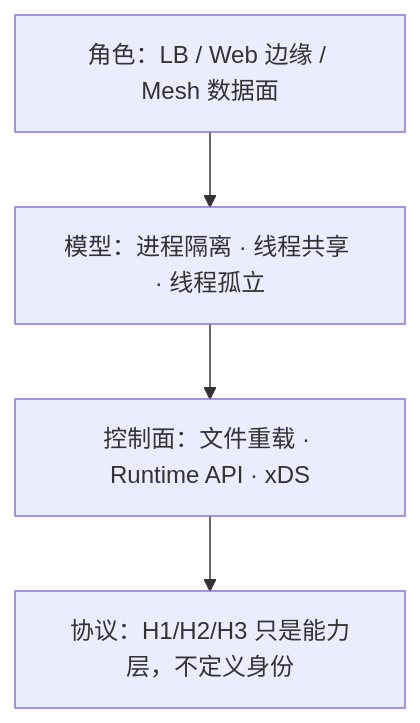
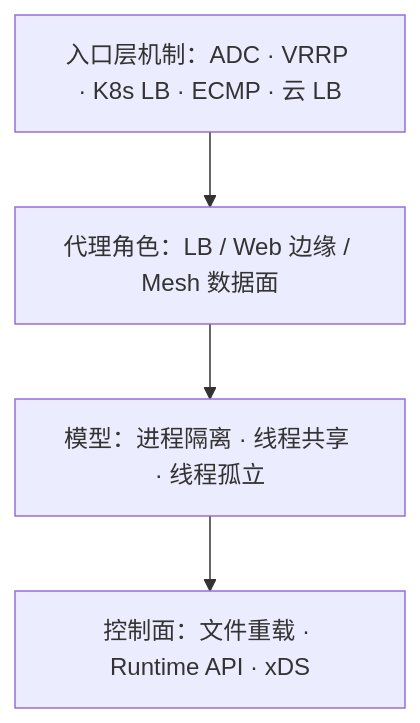
One commit to xiaxinyu/knowledge_base changed the sixth of 6 diagrams in 20-architecture/21a-haproxy-nginx-envoy-treatise.md. Above: the diagram before and after it, drawn with Mermaid. The commit also changed other lines of this file and 1 other file, not shown here.

````diff
--- a/20-architecture/21a-haproxy-nginx-envoy-treatise.md
+++ b/20-architecture/21a-haproxy-nginx-envoy-treatise.md
@@ -439,6 +574,6 @@
 ```mermaid
 flowchart TB
-  R["角色：LB / Web 边缘 / Mesh 数据面"] --> M["模型：进程隔离 · 线程共享 · 线程孤立"]
+  V["入口层机制：ADC · VRRP · K8s LB · ECMP · 云 LB"] --> R["代理角色：LB / Web 边缘 / Mesh 数据面"]
+  R --> M["模型：进程隔离 · 线程共享 · 线程孤立"]
   M --> C["控制面：文件重载 · Runtime API · xDS"]
-  C --> P["协议：H1/H2/H3 只是能力层，不定义身份"]
 ```
````
